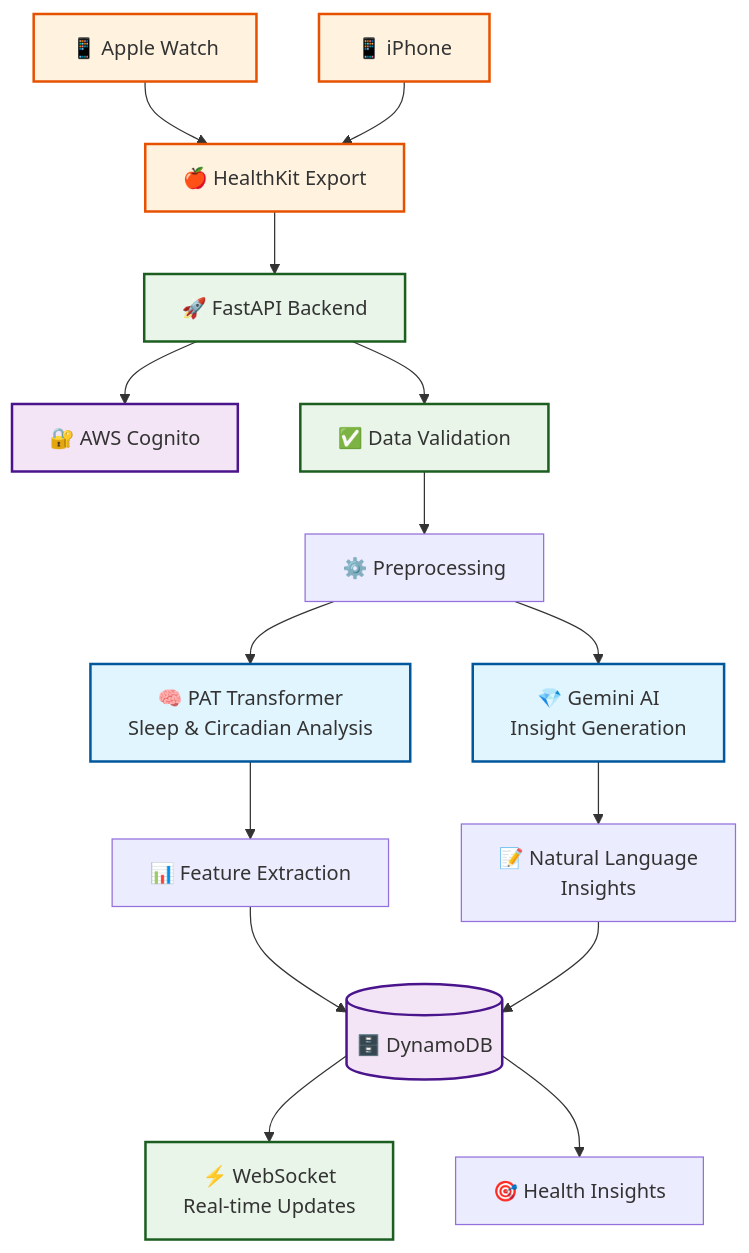
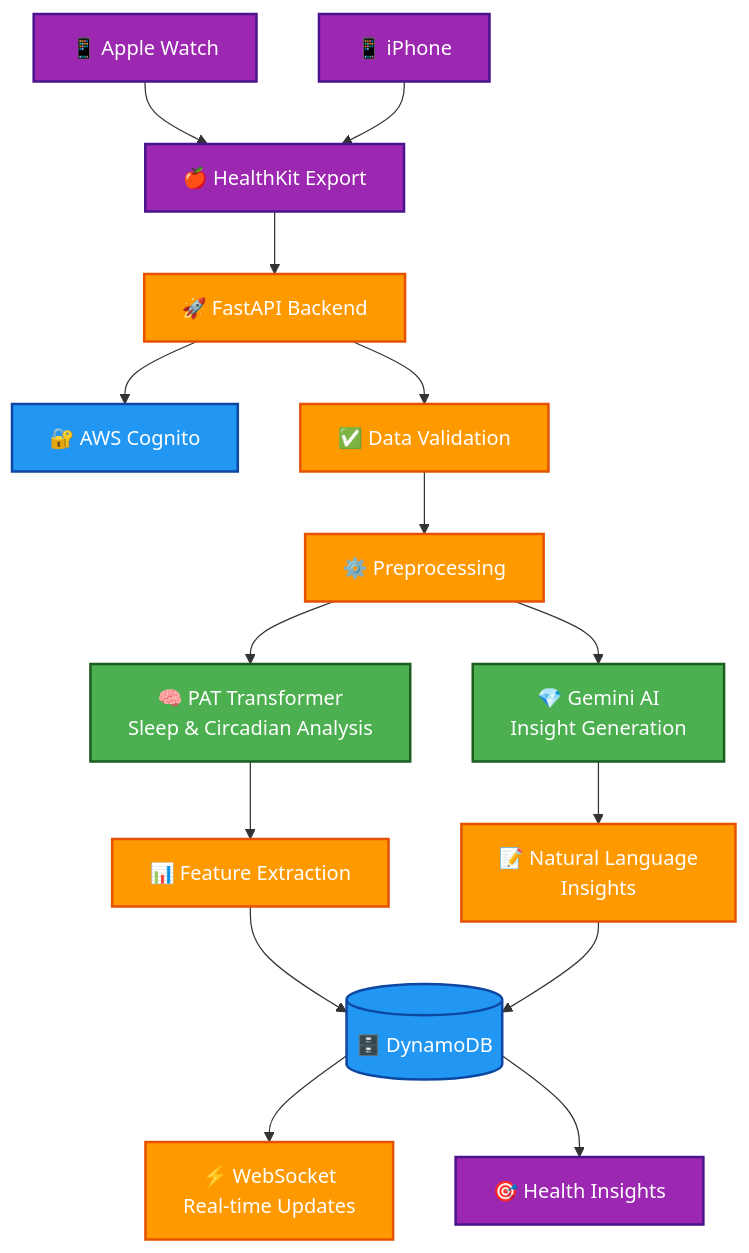
One commit to Clairty-Digital-Twin/clarity-loop-backend changed the first of 7 diagrams in README.md. Above: the diagram before and after it, drawn with Mermaid. The commit also changed other lines of this file, not shown here.

Commit message:
fix: Update README for enhanced visual clarity and semantic structure
- Revised styling definitions in diagrams to improve visual representation and consistency across components.
- Enhanced color schemes for better readability and alignment with the platform's branding.
- Updated class definitions to reflect recent changes in system architecture, reinforcing clarity in data flow and interactions.

````diff
--- a/README.md
+++ b/README.md
@@ -13,37 +13,37 @@
 ```mermaid
 graph TB
     %% Data Sources
     AW[📱 Apple Watch] --> HK[🍎 HealthKit Export]
     IP[📱 iPhone] --> HK
     
     %% API Layer
     HK --> API[🚀 FastAPI Backend]
     API --> Auth[🔐 AWS Cognito]
     API --> Valid[✅ Data Validation]
     
     %% Processing Pipeline
     Valid --> Prep[⚙️ Preprocessing]
     Prep --> PAT[🧠 PAT Transformer<br/>Sleep & Circadian Analysis]
     Prep --> Gem[💎 Gemini AI<br/>Insight Generation]
     
     %% Storage & Analysis
     PAT --> Feat[📊 Feature Extraction]
     Gem --> NL[📝 Natural Language<br/>Insights]
     Feat --> DB[(🗄️ DynamoDB)]
     NL --> DB
     
     %% Real-time & Output
     DB --> WS[⚡ WebSocket<br/>Real-time Updates]
     DB --> Insights[🎯 Health Insights]
     
-    %% Styling
-    classDef aiModel fill:#e1f5fe,stroke:#01579b,stroke-width:2px
-    classDef storage fill:#f3e5f5,stroke:#4a148c,stroke-width:2px
-    classDef api fill:#e8f5e8,stroke:#1b5e20,stroke-width:2px
-    classDef device fill:#fff3e0,stroke:#e65100,stroke-width:2px
+    %% Styling - Bold colors with white text like Production diagram
+    classDef aiModel fill:#4caf50,stroke:#1b5e20,stroke-width:2px,color:white
+    classDef storage fill:#2196f3,stroke:#0d47a1,stroke-width:2px,color:white
+    classDef api fill:#ff9900,stroke:#e65100,stroke-width:2px,color:white
+    classDef device fill:#9c27b0,stroke:#4a148c,stroke-width:2px,color:white
     
     class PAT,Gem aiModel
     class DB,Auth storage
-    class API,Valid,WS api
-    class AW,IP,HK device
+    class API,Valid,WS,Prep,Feat,NL api
+    class AW,IP,HK,Insights device
 ```
````
